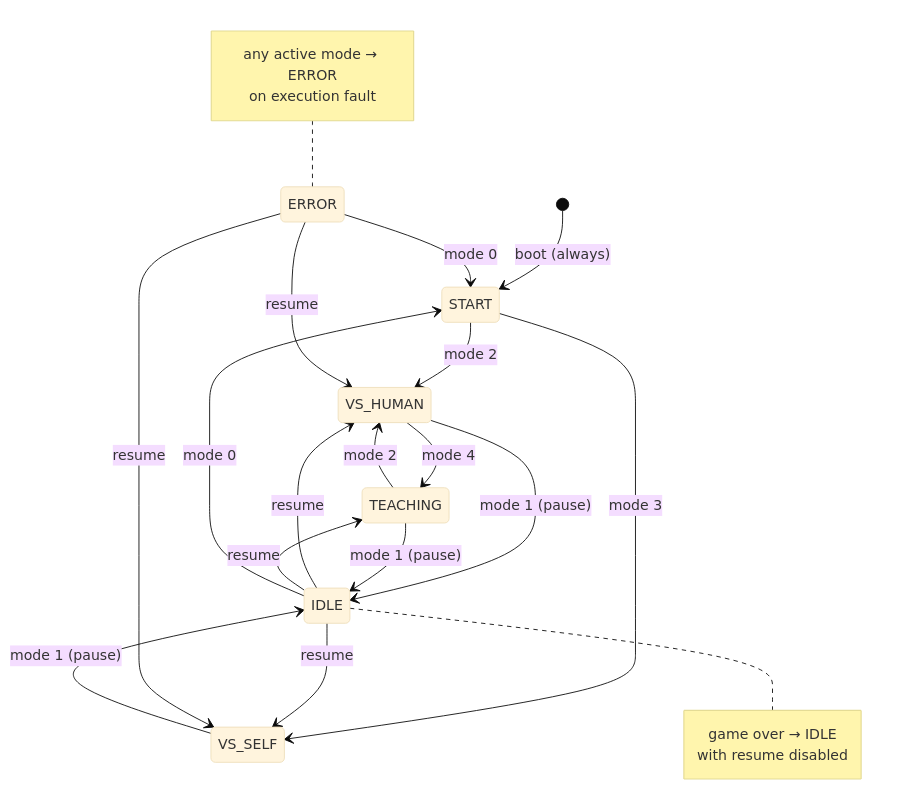
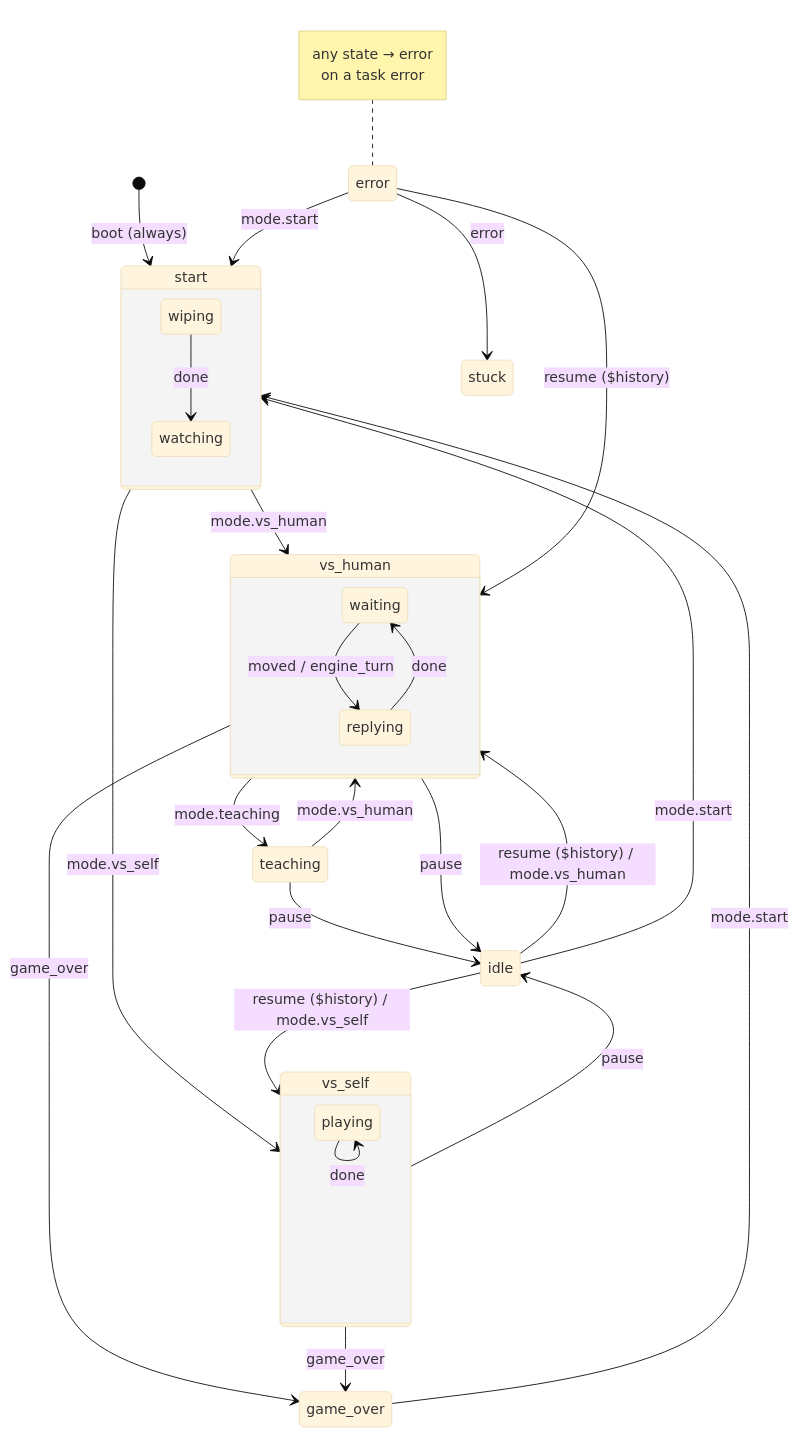
Before and after one commit to erh/viam-chess: the second of 3 diagrams in docs/PLAYBOOK.md, drawn with Mermaid (base theme). The commit also changed other lines of this file and 18 other files, not shown here.

````diff
--- a/docs/PLAYBOOK.md
+++ b/docs/PLAYBOOK.md
@@ -320,26 +322,34 @@
 ```mermaid
 stateDiagram-v2
-    [*] --> START : boot (always)
-    START --> VS_HUMAN : mode 2
-    START --> VS_SELF : mode 3
-    VS_HUMAN --> TEACHING : mode 4
-    TEACHING --> VS_HUMAN : mode 2
-    VS_HUMAN --> IDLE : mode 1 (pause)
-    VS_SELF --> IDLE : mode 1 (pause)
-    TEACHING --> IDLE : mode 1 (pause)
-    IDLE --> VS_HUMAN : resume
-    IDLE --> VS_SELF : resume
-    IDLE --> TEACHING : resume
-    IDLE --> START : mode 0
-    ERROR --> START : mode 0
-    ERROR --> VS_HUMAN : resume
-    ERROR --> VS_SELF : resume
-    note left of ERROR
-      any active mode → ERROR
-      on execution fault
-    end note
-    note right of IDLE
-      game over → IDLE
-      with resume disabled
+    [*] --> start : boot (always)
+    state start {
+        wiping --> watching : done
+    }
+    state vs_human {
+        waiting --> replying : moved / engine_turn
+        replying --> waiting : done
+    }
+    state vs_self {
+        playing --> playing : done
+    }
+    start --> vs_human : mode.vs_human
+    start --> vs_self : mode.vs_self
+    vs_human --> teaching : mode.teaching
+    teaching --> vs_human : mode.vs_human
+    vs_human --> idle : pause
+    vs_self --> idle : pause
+    teaching --> idle : pause
+    idle --> vs_human : resume ($history) / mode.vs_human
+    idle --> vs_self : resume ($history) / mode.vs_self
+    idle --> start : mode.start
+    vs_human --> game_over : game_over
+    vs_self --> game_over : game_over
+    game_over --> start : mode.start
+    error --> start : mode.start
+    error --> vs_human : resume ($history)
+    error --> stuck : error
+    note left of error
+      any state → error
+      on a task error
     end note
 ```
````
